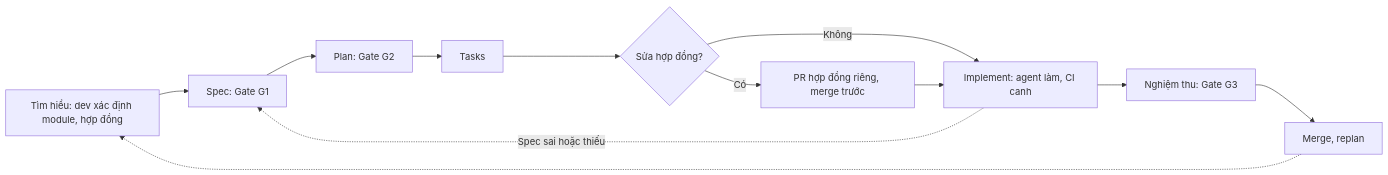
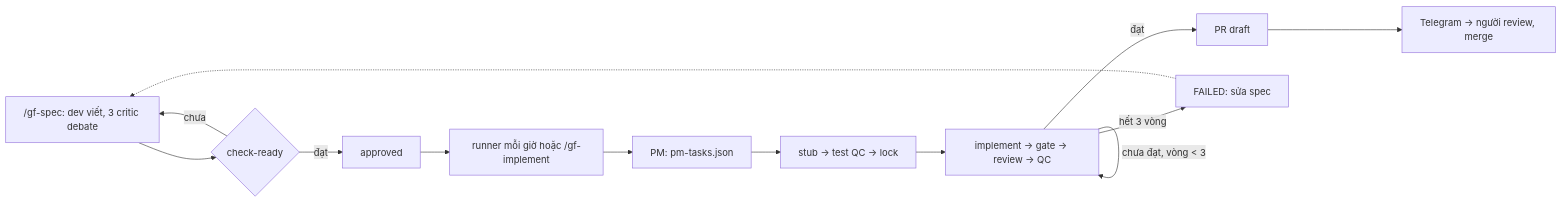
One commit to kaii193/sdd-kit changed the second of 2 diagrams in docs/model.md. Above: the diagram before and after it, drawn with Mermaid. The commit also changed other lines of this file and 11 other files, not shown here.

First line of the commit message:
feat(sdd)!: drop plan and tasks from the spec workflow

````diff
--- a/docs/model.md
+++ b/docs/model.md
@@ -32,14 +32,15 @@
 ```mermaid
 flowchart LR
-  A["Tìm hiểu: dev xác định module, hợp đồng"] --> B["Spec: Gate G1"]
-  B --> C["Plan: Gate G2"]
-  C --> D["Tasks"]
-  D --> E{"Sửa hợp đồng?"}
-  E -- "Có" --> F["PR hợp đồng riêng, merge trước"]
-  E -- "Không" --> G["Implement: agent làm, CI canh"]
-  F --> G
-  G --> H["Nghiệm thu: Gate G3"]
-  H --> I["Merge, replan"]
+  A["/gf-spec: dev viết, 3 critic debate"] --> B{"check-ready"}
+  B -- "đạt" --> C["approved"]
+  B -- "chưa" --> A
+  C --> D["runner mỗi giờ hoặc /gf-implement"]
+  D --> E["PM: pm-tasks.json"]
+  E --> F["stub → test QC → lock"]
+  F --> G["implement → gate → review → QC"]
+  G -- "chưa đạt, vòng < 3" --> G
+  G -- "đạt" --> H["PR draft"]
+  G -- "hết 3 vòng" --> I["FAILED: sửa spec"]
   I -.-> A
-  G -. "Spec sai hoặc thiếu" .-> B
+  H --> J["Telegram → người review, merge"]
 ```
````
